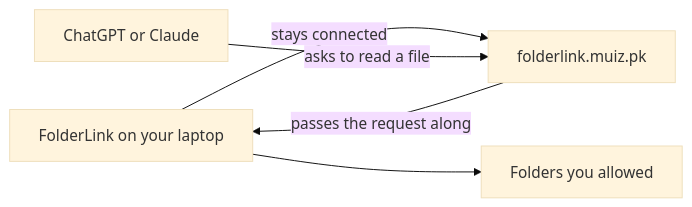
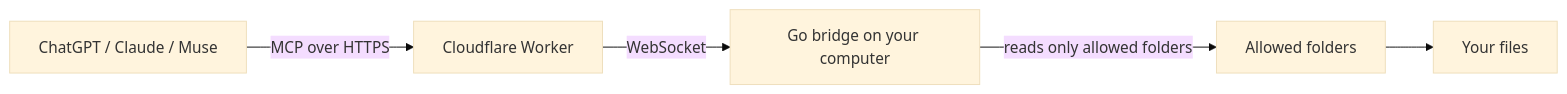
Before and after one commit to mmuizahmed/folderlink: the diagram in README.md, drawn with Mermaid (base theme). The commit also changed other lines of this file and 2 other files, not shown here.

````diff
--- a/README.md
+++ b/README.md
@@ -42,11 +75,4 @@
 ```mermaid
 flowchart LR
-  laptop[FolderLink on your laptop]
-  cloud[folderlink.muiz.pk]
-  agent[ChatGPT or Claude]
-  folders[Folders you allowed]
-  laptop -->|stays connected| cloud
-  agent -->|asks to read a file| cloud
-  cloud -->|passes the request along| laptop
-  laptop --> folders
+  ai[ChatGPT / Claude / Muse] -->|MCP over HTTPS| worker[Cloudflare Worker]; worker -->|WebSocket| bridge[Go bridge on your computer]; bridge -->|reads only allowed folders| folders[Allowed folders]; folders --> files[Your files]
 ```
````
